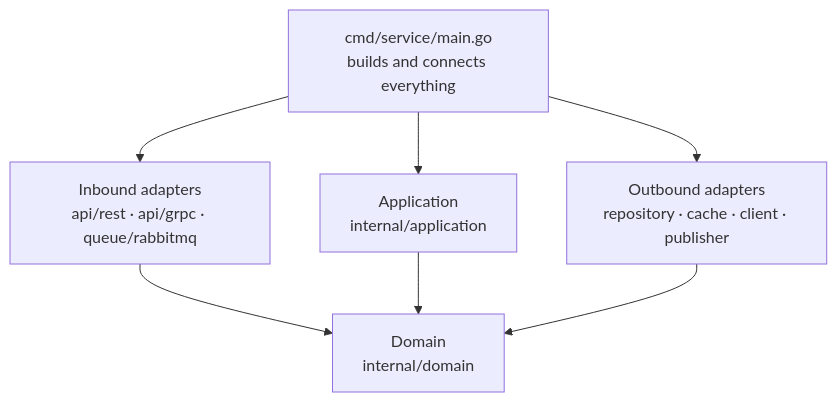
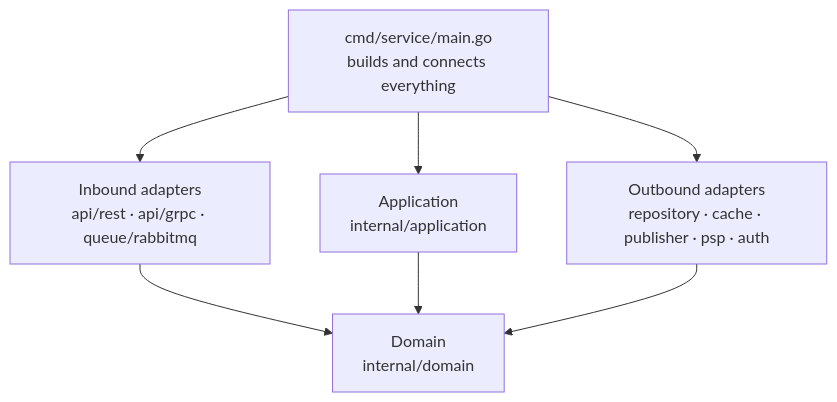
Before and after one commit to drew138/.dotfiles: the first of 2 diagrams in roles/ai/files/skills/go-service/references/architecture.md, drawn with Mermaid. The commit also changed other lines of this file and 6 other files, not shown here.

````diff
--- a/roles/ai/files/skills/go-service/references/architecture.md
+++ b/roles/ai/files/skills/go-service/references/architecture.md
@@ -5,15 +5,15 @@
 ```mermaid
 flowchart TB
     main["cmd/service/main.go<br/>builds and connects everything"]
     inbound["Inbound adapters<br/>api/rest · api/grpc · queue/rabbitmq"]
-    outbound["Outbound adapters<br/>repository · cache · client · publisher"]
+    outbound["Outbound adapters<br/>repository · cache · publisher · psp · auth"]
     app["Application<br/>internal/application"]
     domain["Domain<br/>internal/domain"]
 
     main --> inbound
     main --> app
     main --> outbound
     inbound --> domain
     app --> domain
     outbound --> domain
 ```
````
